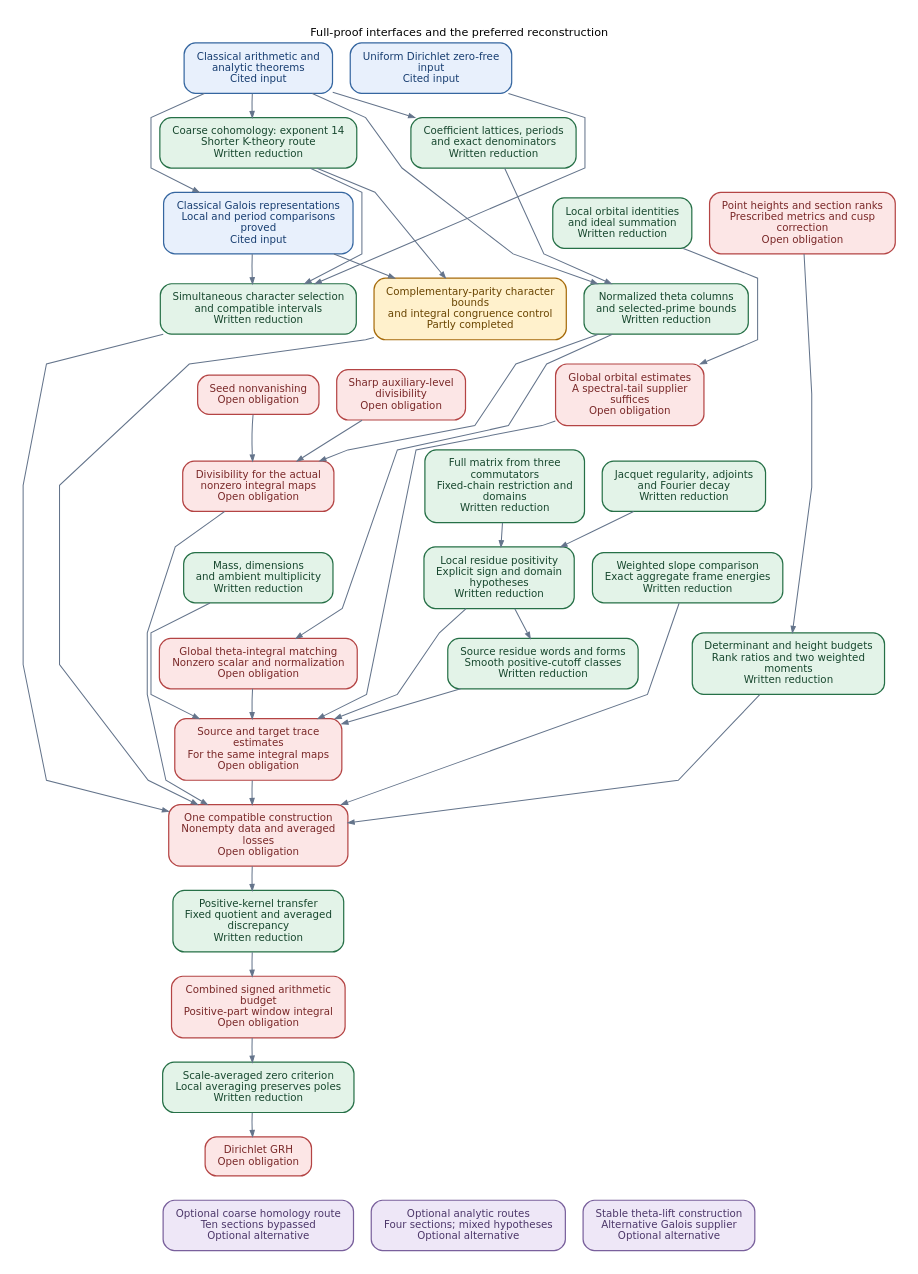
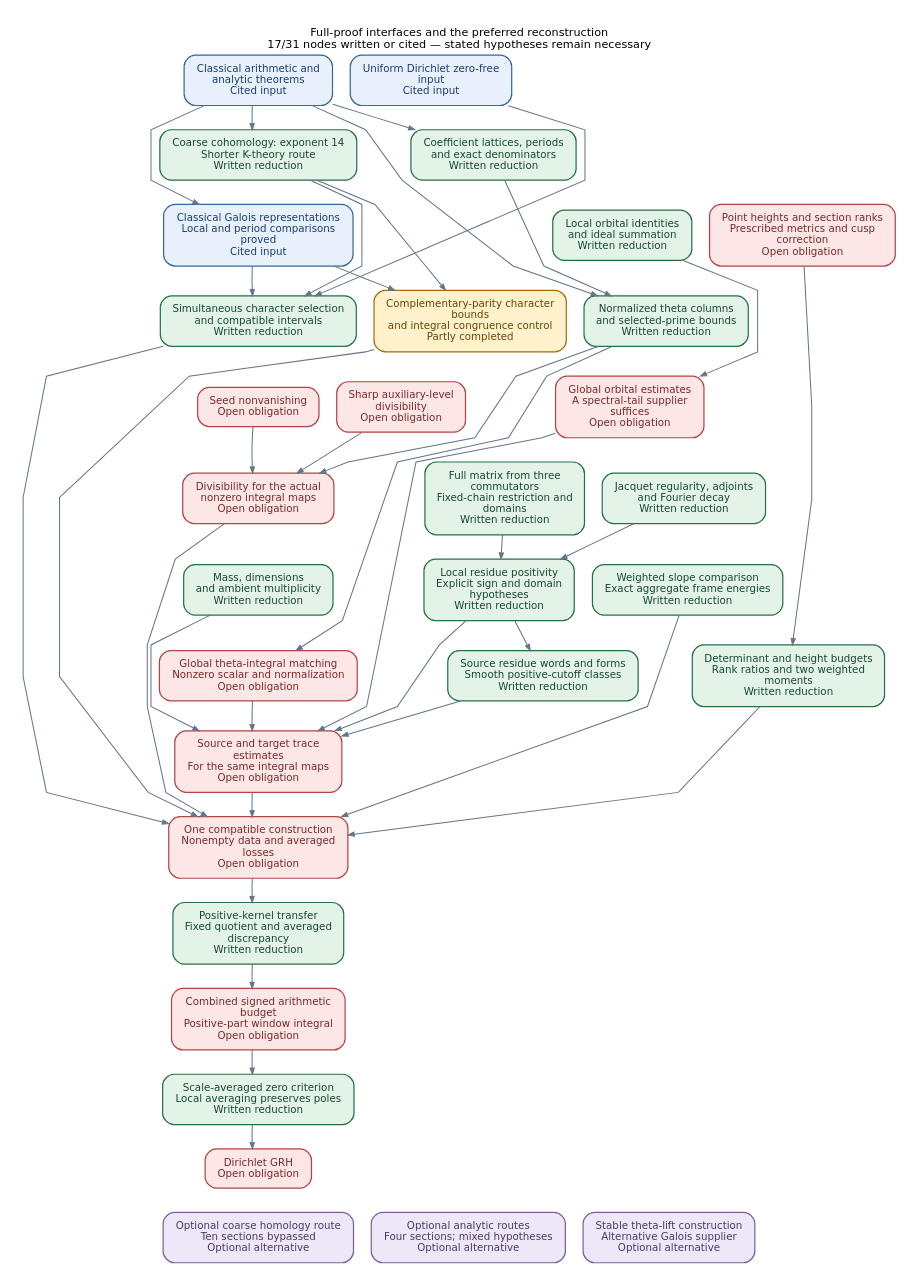
The diagram in blueprint/grh/proof.dot (JoseBrox/GRH_distillation), drawn with Graphviz before and after one commit. The commit also changed 24 other files, not shown here.

```diff
--- a/blueprint/grh/proof.dot
+++ b/blueprint/grh/proof.dot
@@ -1,119 +1,119 @@
 digraph proof {
 graph [rankdir=TB, bgcolor="white", pad="0.24", nodesep="0.30", ranksep="0.48",
-  fontname="DejaVu Sans", fontsize=12, labelloc=t, label="Full-proof interfaces and the preferred reconstruction", splines=polyline];
+  fontname="DejaVu Sans", fontsize=12, labelloc=t, label="Full-proof interfaces and the preferred reconstruction\n17/31 nodes written or cited — stated hypotheses remain necessary", splines=polyline];
 node [shape=box, style="rounded,filled", fontname="DejaVu Sans", fontsize=11,
   margin="0.18,0.12", penwidth=1.3];
 edge [color="#64748B", penwidth=1.1, arrowsize=0.65];
 graph [nodesep="0.26", ranksep="0.36"];
 "qrh" [label="Uniform Dirichlet zero-free\ninput\nCited input", fillcolor="#E8F0FC", color="#3566A0", fontcolor="#173D70"];
 "classical" [label="Classical arithmetic and\nanalytic theorems\nCited input", fillcolor="#E8F0FC", color="#3566A0", fontcolor="#173D70"];
 "selection" [label="Simultaneous character selection\nand compatible intervals\nWritten reduction", fillcolor="#E3F3E8", color="#267047", fontcolor="#17472E"];
 "coarse" [label="Coarse cohomology: exponent 14\nShorter K-theory route\nWritten reduction", fillcolor="#E3F3E8", color="#267047", fontcolor="#17472E"];
 "refined" [label="Complementary-parity character\nbounds\nand integral congruence control\nPartly completed", fillcolor="#FFF1CC", color="#A66B0B", fontcolor="#694400"];
 "coefficients" [label="Coefficient lattices, periods\nand exact denominators\nWritten reduction", fillcolor="#E3F3E8", color="#267047", fontcolor="#17472E"];
 "theta" [label="Normalized theta columns\nand selected-prime bounds\nWritten reduction", fillcolor="#E3F3E8", color="#267047", fontcolor="#17472E"];
 "seed" [label="Seed nonvanishing\nOpen obligation", fillcolor="#FCE6E6", color="#B44444", fontcolor="#792828"];
 "level" [label="Sharp auxiliary-level\ndivisibility\nOpen obligation", fillcolor="#FCE6E6", color="#B44444", fontcolor="#792828"];
 "divisibility" [label="Divisibility for the actual\nnonzero integral maps\nOpen obligation", fillcolor="#FCE6E6", color="#B44444", fontcolor="#792828"];
 "local_orbits" [label="Local orbital identities\nand ideal summation\nWritten reduction", fillcolor="#E3F3E8", color="#267047", fontcolor="#17472E"];
 "global_orbits" [label="Global orbital estimates\nA spectral-tail supplier\nsuffices\nOpen obligation", fillcolor="#FCE6E6", color="#B44444", fontcolor="#792828"];
 "dimensions" [label="Mass, dimensions\nand ambient multiplicity\nWritten reduction", fillcolor="#E3F3E8", color="#267047", fontcolor="#17472E"];
 "matrix" [label="Full matrix from three\ncommutators\nFixed-chain restriction and\ndomains\nWritten reduction", fillcolor="#E3F3E8", color="#267047", fontcolor="#17472E"];
 "jacquet" [label="Jacquet regularity, adjoints\nand Fourier decay\nWritten reduction", fillcolor="#E3F3E8", color="#267047", fontcolor="#17472E"];
 "residue" [label="Local residue positivity\nExplicit sign and domain\nhypotheses\nWritten reduction", fillcolor="#E3F3E8", color="#267047", fontcolor="#17472E"];
 "norms" [label="Source and target trace\nestimates\nFor the same integral maps\nOpen obligation", fillcolor="#FCE6E6", color="#B44444", fontcolor="#792828"];
 "slope" [label="Weighted slope comparison\nExact aggregate frame energies\nWritten reduction", fillcolor="#E3F3E8", color="#267047", fontcolor="#17472E"];
 "compatible" [label="One compatible construction\nNonempty data and averaged\nlosses\nOpen obligation", fillcolor="#FCE6E6", color="#B44444", fontcolor="#792828"];
 "bound" [label="Combined signed arithmetic\nbudget\nPositive-part window integral\nOpen obligation", fillcolor="#FCE6E6", color="#B44444", fontcolor="#792828"];
 "criterion" [label="Scale-averaged zero criterion\nLocal averaging preserves poles\nWritten reduction", fillcolor="#E3F3E8", color="#267047", fontcolor="#17472E"];
 "grh" [label="Dirichlet GRH\nOpen obligation", fillcolor="#FCE6E6", color="#B44444", fontcolor="#792828"];
 "alt_homology" [label="Optional coarse homology route\nTen sections bypassed\nOptional alternative", fillcolor="#EEE7F7", color="#79609C", fontcolor="#4C3769"];
 "alt_analytic" [label="Optional analytic routes\nFour sections; mixed hypotheses\nOptional alternative", fillcolor="#EEE7F7", color="#79609C", fontcolor="#4C3769"];
 "galois" [label="Classical Galois representations\nLocal and period comparisons\nproved\nCited input", fillcolor="#E8F0FC", color="#3566A0", fontcolor="#173D70"];
 "stable_lift" [label="Stable theta-lift construction\nAlternative Galois supplier\nOptional alternative", fillcolor="#EEE7F7", color="#79609C", fontcolor="#4C3769"];
 "theta_identity" [label="Global theta-integral matching\nNonzero scalar and normalization\nOpen obligation", fillcolor="#FCE6E6", color="#B44444", fontcolor="#792828"];
 "geometry" [label="Point heights and section ranks\nPrescribed metrics and cusp\ncorrection\nOpen obligation", fillcolor="#FCE6E6", color="#B44444", fontcolor="#792828"];
 "source_dictionary" [label="Source residue words and forms\nSmooth positive-cutoff classes\nWritten reduction", fillcolor="#E3F3E8", color="#267047", fontcolor="#17472E"];
 "covolume_defect" [label="Determinant and height budgets\nRank ratios and two weighted\nmoments\nWritten reduction", fillcolor="#E3F3E8", color="#267047", fontcolor="#17472E"];
 "averaging" [label="Positive-kernel transfer\nFixed quotient and averaged\ndiscrepancy\nWritten reduction", fillcolor="#E3F3E8", color="#267047", fontcolor="#17472E"];
 "qrh" -> "selection";
 "classical" -> "coarse";
 "coarse" -> "selection";
 "coarse" -> "refined";
 "classical" -> "coefficients";
 "classical" -> "theta";
 "coefficients" -> "theta";
 "theta" -> "divisibility";
 "seed" -> "divisibility";
 "level" -> "divisibility";
 "local_orbits" -> "global_orbits";
 "global_orbits" -> "norms";
 "dimensions" -> "norms";
 "matrix" -> "residue";
 "jacquet" -> "residue";
 "residue" -> "norms";
 "selection" -> "compatible";
 "refined" -> "compatible";
 "divisibility" -> "compatible";
 "norms" -> "compatible";
 "slope" -> "compatible";
 "bound" -> "criterion";
 "criterion" -> "grh";
 "galois" -> "selection";
 "galois" -> "refined";
 "theta" -> "theta_identity";
 "theta_identity" -> "norms";
 "residue" -> "source_dictionary";
 "source_dictionary" -> "norms";
 "geometry" -> "covolume_defect";
 "covolume_defect" -> "compatible";
 "compatible" -> "averaging";
 "averaging" -> "bound";
 "classical" -> "galois";
 {rank=same; "classical"; "qrh";}
 {rank=same; "coarse"; "coefficients";}
 {rank=same; "galois"; "local_orbits"; "geometry";}
 {rank=same; "selection"; "refined"; "theta";}
 {rank=same; "seed"; "level"; "global_orbits";}
 {rank=same; "divisibility"; "matrix"; "jacquet";}
 {rank=same; "dimensions"; "residue"; "slope";}
 {rank=same; "theta_identity"; "source_dictionary"; "covolume_defect";}
 {rank=same; "norms";}
 {rank=same; "compatible";}
 {rank=same; "averaging";}
 {rank=same; "bound";}
 {rank=same; "criterion";}
 {rank=same; "grh";}
 {rank=same; "alt_homology"; "alt_analytic"; "stable_lift";}
 // Invisible edges below control layout only; they are not proof interfaces.
 "classical" -> "qrh" [style=invis, weight=50];
 "coarse" -> "coefficients" [style=invis, weight=50];
 "galois" -> "local_orbits" [style=invis, weight=50];
 "local_orbits" -> "geometry" [style=invis, weight=50];
 "selection" -> "refined" [style=invis, weight=50];
 "refined" -> "theta" [style=invis, weight=50];
 "seed" -> "level" [style=invis, weight=50];
 "level" -> "global_orbits" [style=invis, weight=50];
 "divisibility" -> "matrix" [style=invis, weight=50];
 "matrix" -> "jacquet" [style=invis, weight=50];
 "dimensions" -> "residue" [style=invis, weight=50];
 "residue" -> "slope" [style=invis, weight=50];
 "theta_identity" -> "source_dictionary" [style=invis, weight=50];
 "source_dictionary" -> "covolume_defect" [style=invis, weight=50];
 "alt_homology" -> "alt_analytic" [style=invis, weight=50];
 "alt_analytic" -> "stable_lift" [style=invis, weight=50];
 "classical" -> "coarse" [style=invis, weight=50];
 "coarse" -> "galois" [style=invis, weight=50];
 "galois" -> "selection" [style=invis, weight=50];
 "selection" -> "seed" [style=invis, weight=50];
 "seed" -> "divisibility" [style=invis, weight=50];
 "divisibility" -> "dimensions" [style=invis, weight=50];
 "dimensions" -> "theta_identity" [style=invis, weight=50];
 "theta_identity" -> "norms" [style=invis, weight=50];
 "norms" -> "compatible" [style=invis, weight=50];
 "compatible" -> "averaging" [style=invis, weight=50];
 "averaging" -> "bound" [style=invis, weight=50];
 "bound" -> "criterion" [style=invis, weight=50];
 "criterion" -> "grh" [style=invis, weight=50];
 "grh" -> "alt_homology" [style=invis, weight=50];
 }
```
